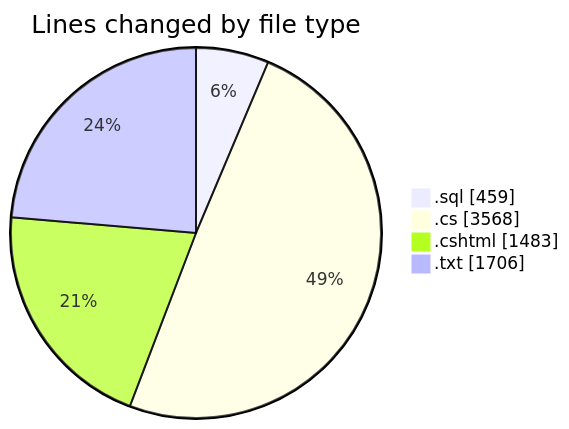
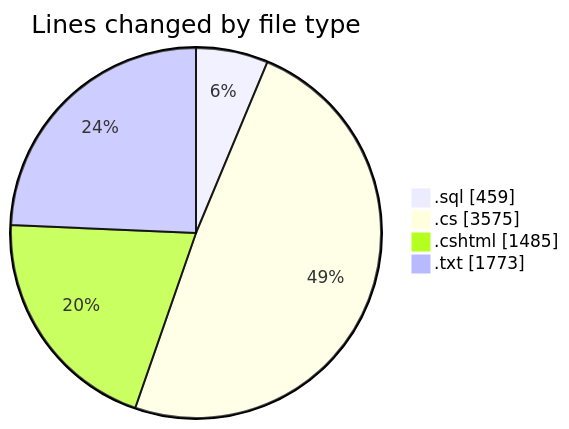
One commit to lephambinh05/code-tracking changed the first of 2 diagrams in 2025-07-23/quanlyrapchieuphim/README.md. Above: the diagram before and after it, drawn with Mermaid. The commit also changed other lines of this file and 1 other file, not shown here.

````diff
--- a/2025-07-23/quanlyrapchieuphim/README.md
+++ b/2025-07-23/quanlyrapchieuphim/README.md
@@ -33,8 +33,8 @@
 ```mermaid
 pie showData
 title Lines changed by file type
 ".sql" : 459
-".cs" : 3568
-".cshtml" : 1483
-".txt" : 1706
+".cs" : 3575
+".cshtml" : 1485
+".txt" : 1773
 ```
````
